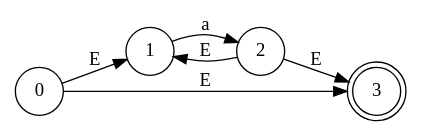
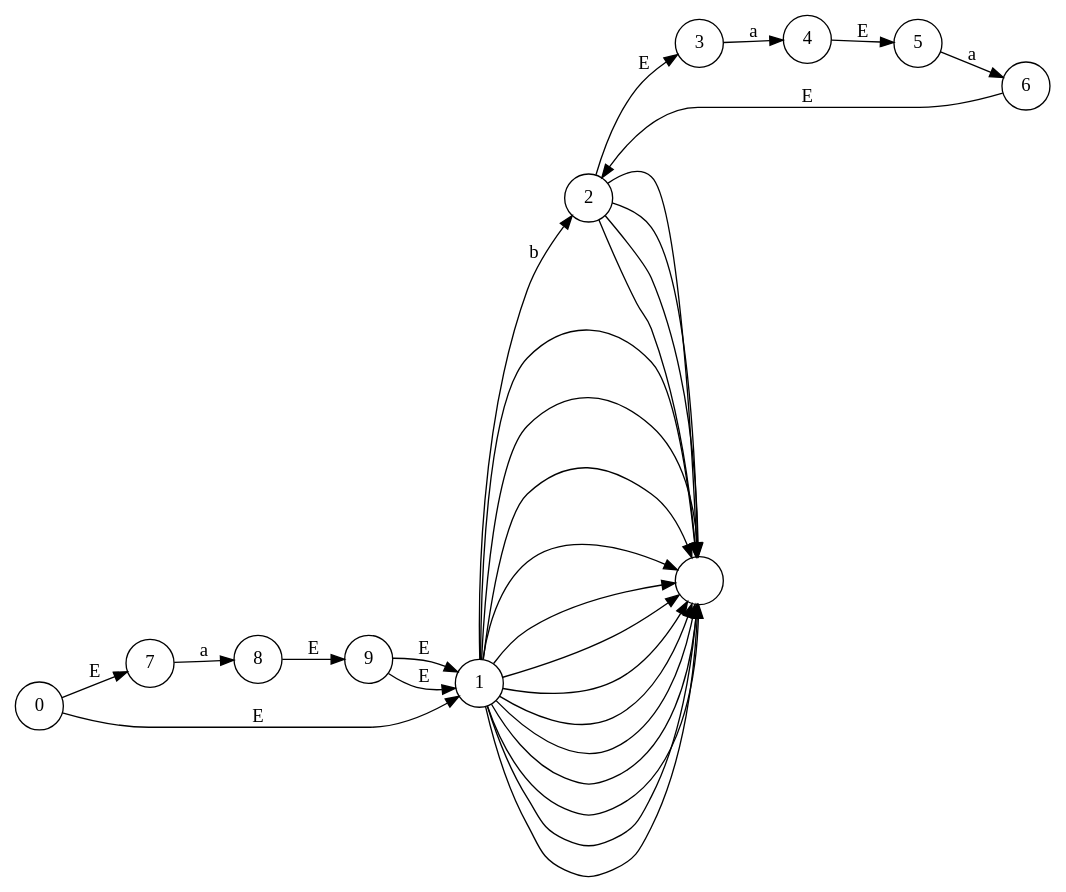
Before and after one commit to JoseGon20335/laboratorioA-Lenguaje: the diagram in NFA.gv, drawn with Graphviz. The commit also changed 7 other files, not shown here.

```diff
--- a/NFA.gv
+++ b/NFA.gv
@@ -1,19 +1,91 @@
 // resultado
 digraph NFA {
 	graph [rankdir=LR]
 	0 [shape=circle]
+	7 [shape=circle]
+	0 -> 7 [label=E]
+	0 [shape=circle]
 	1 [shape=circle]
 	0 -> 1 [label=E]
-	0 [shape=circle]
-	3 [shape=doublecircle]
-	0 -> 3 [label=E]
 	1 [shape=circle]
 	2 [shape=circle]
-	1 -> 2 [label=a]
+	1 -> 2 [label=b]
 	2 [shape=circle]
+	3 [shape=circle]
+	2 -> 3 [label=E]
+	3 [shape=circle]
+	4 [shape=circle]
+	3 -> 4 [label=a]
+	4 [shape=circle]
+	5 [shape=circle]
+	4 -> 5 [label=E]
+	5 [shape=circle]
+	6 [shape=circle]
+	5 -> 6 [label=a]
+	6 [shape=circle]
+	2 [shape=circle]
+	6 -> 2 [label=E]
+	7 [shape=circle]
+	8 [shape=circle]
+	7 -> 8 [label=a]
+	8 [shape=circle]
+	9 [shape=circle]
+	8 -> 9 [label=E]
+	9 [shape=circle]
 	1 [shape=circle]
-	2 -> 1 [label=E]
+	9 -> 1 [label=E]
+	9 [shape=circle]
+	1 [shape=circle]
+	9 -> 1 [label=E]
+	1 [shape=circle]
+	" " [shape=circle]
+	1 -> " " [label=" "]
+	1 [shape=circle]
+	" " [shape=circle]
+	1 -> " " [label=" "]
+	1 [shape=circle]
+	" " [shape=circle]
+	1 -> " " [label=" "]
+	1 [shape=circle]
+	" " [shape=circle]
+	1 -> " " [label=" "]
+	1 [shape=circle]
+	" " [shape=circle]
+	1 -> " " [label=" "]
+	1 [shape=circle]
+	" " [shape=circle]
+	1 -> " " [label=" "]
+	1 [shape=circle]
+	" " [shape=circle]
+	1 -> " " [label=" "]
+	1 [shape=circle]
+	" " [shape=circle]
+	1 -> " " [label=" "]
+	1 [shape=circle]
+	" " [shape=circle]
+	1 -> " " [label=" "]
+	1 [shape=circle]
+	" " [shape=circle]
+	1 -> " " [label=" "]
+	1 [shape=circle]
+	" " [shape=circle]
+	1 -> " " [label=" "]
+	1 [shape=circle]
+	" " [shape=circle]
+	1 -> " " [label=" "]
+	1 [shape=circle]
+	" " [shape=circle]
+	1 -> " " [label=" "]
 	2 [shape=circle]
-	3 [shape=doublecircle]
-	2 -> 3 [label=E]
+	" " [shape=circle]
+	2 -> " " [label=" "]
+	2 [shape=circle]
+	" " [shape=circle]
+	2 -> " " [label=" "]
+	2 [shape=circle]
+	" " [shape=circle]
+	2 -> " " [label=" "]
+	2 [shape=circle]
+	" " [shape=circle]
+	2 -> " " [label=" "]
 }
```
